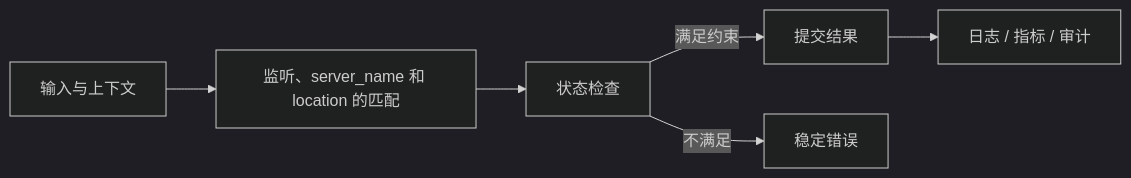
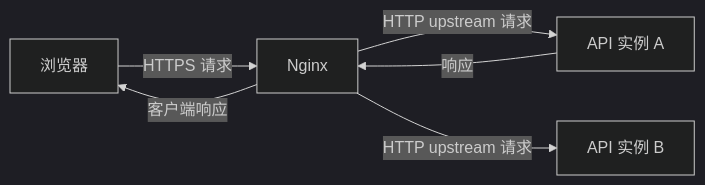
Before and after one commit to upJiang/jiang-blog-vitepress: the diagram in docs/backend/nginx-reverse-proxy-request-routing.md, drawn with Mermaid (dark theme). The commit also changed other lines of this file and 341 other files, not shown here.

````diff
--- a/docs/backend/nginx-reverse-proxy-request-routing.md
+++ b/docs/backend/nginx-reverse-proxy-request-routing.md
@@ -34,8 +36,8 @@
 ```mermaid
 flowchart LR
-  A[输入与上下文] --> B[监听、server_name 和 location 的匹配]
-  B --> C[状态检查]
-  C -->|满足约束| D[提交结果]
-  C -->|不满足| E[稳定错误]
-  D --> F[日志 / 指标 / 审计]
+  B[浏览器] -->|HTTPS 请求| N[Nginx]
+  N -->|HTTP upstream 请求| A1[API 实例 A]
+  N -->|HTTP upstream 请求| A2[API 实例 B]
+  A1 -->|响应| N
+  N -->|客户端响应| B
 ```
````
